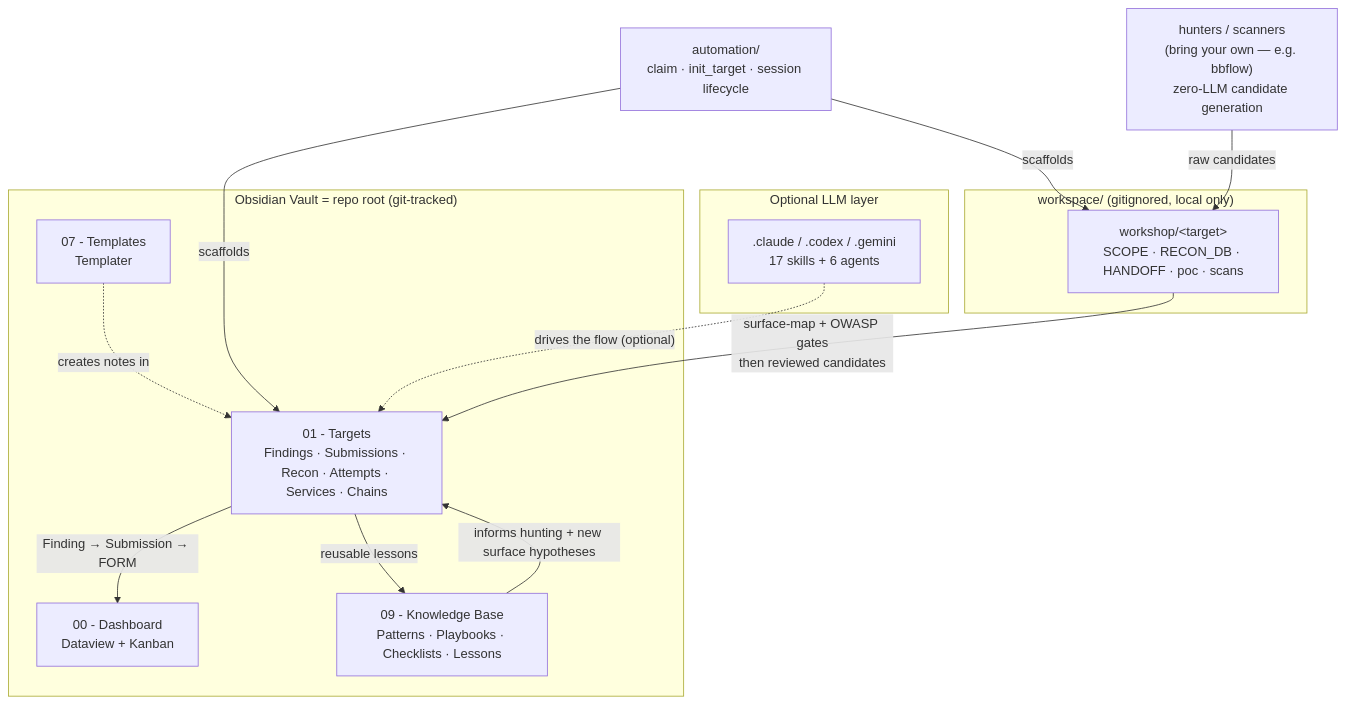
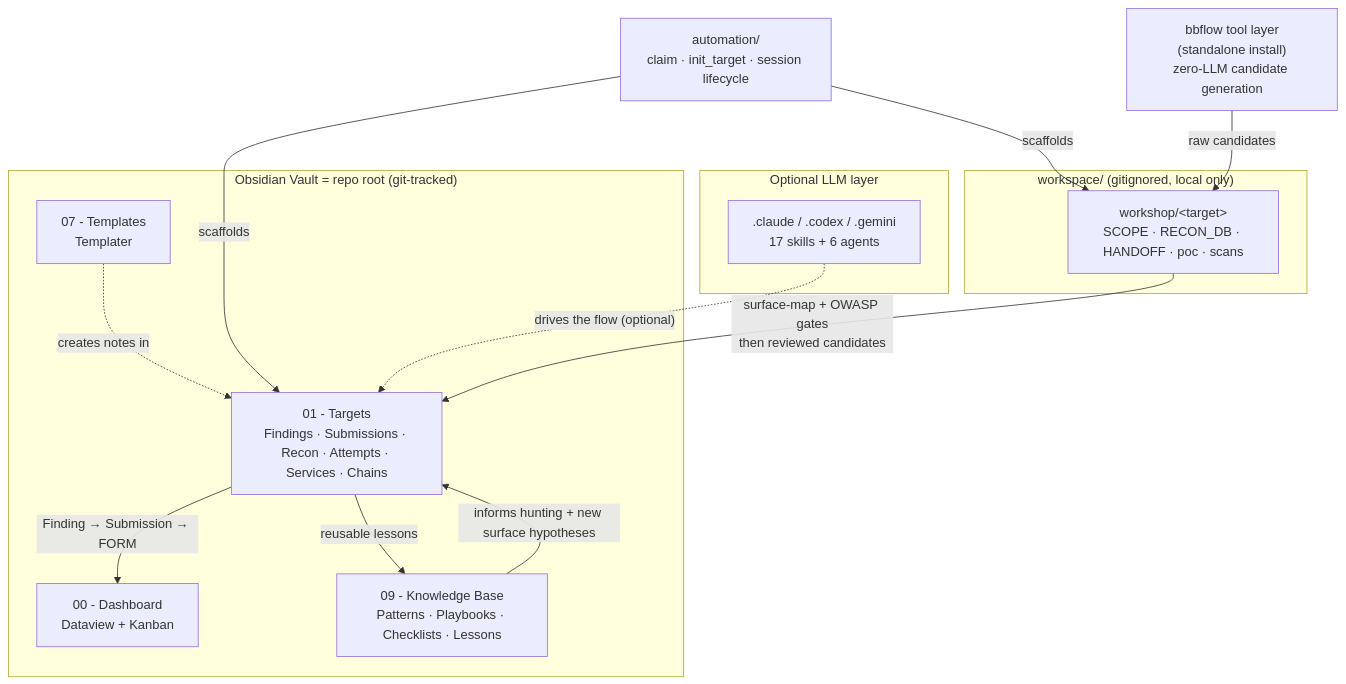
Before and after one commit to guan4tou2/bug-bounty-vault-framework: the diagram in README.md, drawn with Mermaid. The commit also changed other lines of this file and 3 other files, not shown here.

First line of the commit message:
docs: resolve flow/architecture inconsistencies (coherence pass)

````diff
--- a/README.md
+++ b/README.md
@@ -11,27 +11,27 @@
 ```mermaid
 flowchart TB
   subgraph VAULT["Obsidian Vault = repo root (git-tracked)"]
     DASH["00 - Dashboard<br/>Dataview + Kanban"]
     TGT["01 - Targets<br/>Findings · Submissions · Recon · Attempts · Services · Chains"]
     TPL["07 - Templates<br/>Templater"]
     KB["09 - Knowledge Base<br/>Patterns · Playbooks · Checklists · Lessons"]
   end
   subgraph LLM["Optional LLM layer"]
     SK[".claude / .codex / .gemini<br/>17 skills + 6 agents"]
   end
   subgraph LOCAL["workspace/ (gitignored, local only)"]
     WS["workshop/&lt;target&gt;<br/>SCOPE · RECON_DB · HANDOFF · poc · scans"]
   end
   AUTO["automation/<br/>claim · init_target · session lifecycle"]
-  HUNT["hunters / scanners<br/>(bring your own — e.g. bbflow)<br/>zero-LLM candidate generation"]
+  HUNT["bbflow tool layer<br/>(standalone install)<br/>zero-LLM candidate generation"]
 
   AUTO -->|scaffolds| TGT
   AUTO -->|scaffolds| WS
   HUNT -->|"raw candidates"| WS
   WS -->|"surface-map + OWASP gates<br/>then reviewed candidates"| TGT
   TGT -->|"Finding → Submission → FORM"| DASH
   TGT -->|"reusable lessons"| KB
   KB -->|"informs hunting + new surface hypotheses"| TGT
   TPL -.->|"creates notes in"| TGT
   SK -.->|"drives the flow (optional)"| TGT
 ```
````
